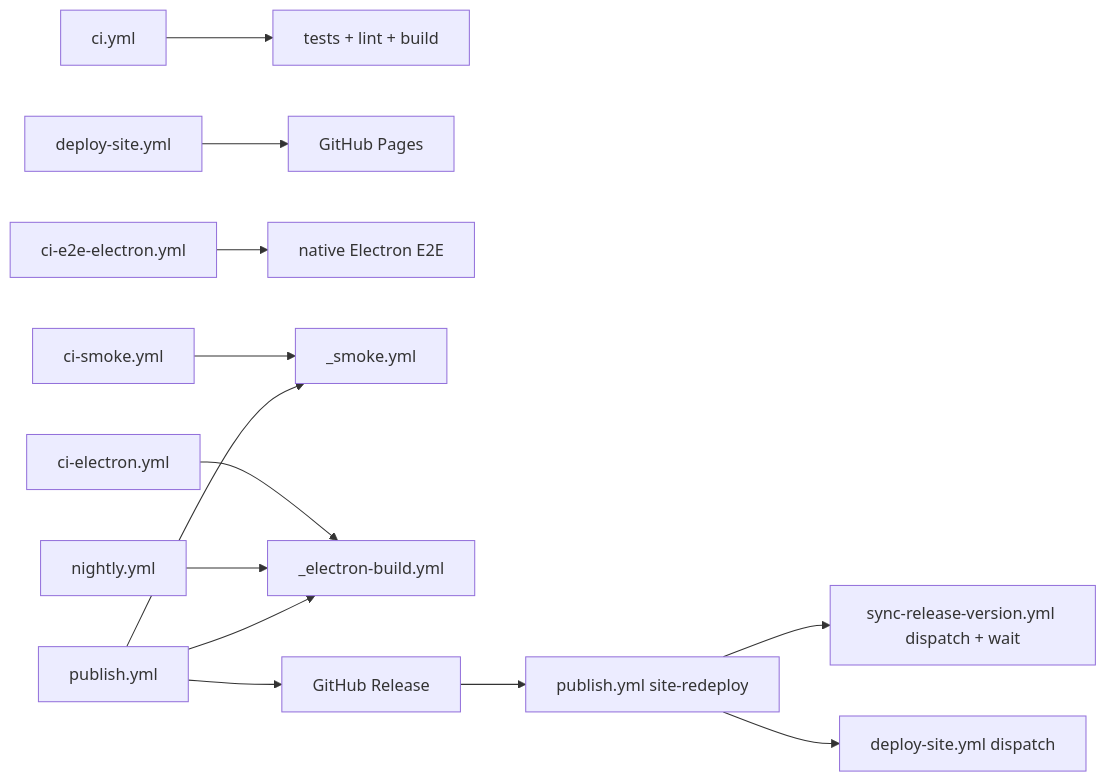
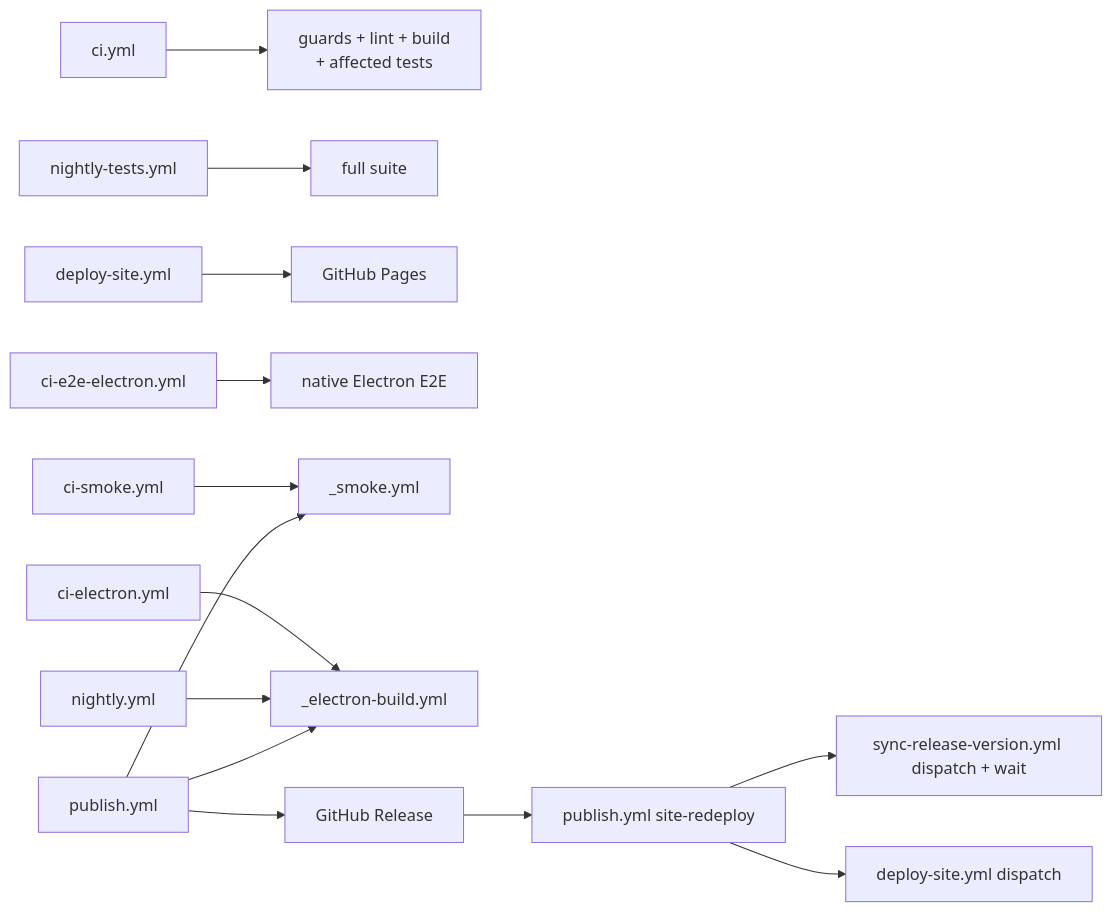
The diagram in .pi/skills/ci-troubleshoot/references/workflow-taxonomy.md (BlackBeltTechnology/pi-agent-dashboard), drawn with Mermaid before and after one commit. The commit also changed other lines of this file and 31 other files, not shown here.

First line of the commit message:
feat(ci): nightly-tests.yml full suite + report; selector job helpers; docs

````diff
--- a/.pi/skills/ci-troubleshoot/references/workflow-taxonomy.md
+++ b/.pi/skills/ci-troubleshoot/references/workflow-taxonomy.md
@@ -27,15 +28,16 @@
 ```mermaid
 flowchart LR
-  ci[ci.yml] --> checks[tests + lint + build]
+  ci[ci.yml] --> checks[guards + lint + build<br/>+ affected tests]
+  nightlyTests[nightly-tests.yml] --> full[full suite]
   deploy[deploy-site.yml] --> pages[GitHub Pages]
   native[ci-e2e-electron.yml] --> nativeTests[native Electron E2E]
   ciSmoke[ci-smoke.yml] --> smoke[_smoke.yml]
   publish[publish.yml] --> smoke
   ciElectron[ci-electron.yml] --> electron[_electron-build.yml]
   nightly[nightly.yml] --> electron
   publish --> electron
   publish --> release[GitHub Release]
   release --> siteredeploy[publish.yml site-redeploy]
   siteredeploy --> sync[sync-release-version.yml dispatch + wait]
   siteredeploy --> deploydispatch[deploy-site.yml dispatch]
 ```
````
